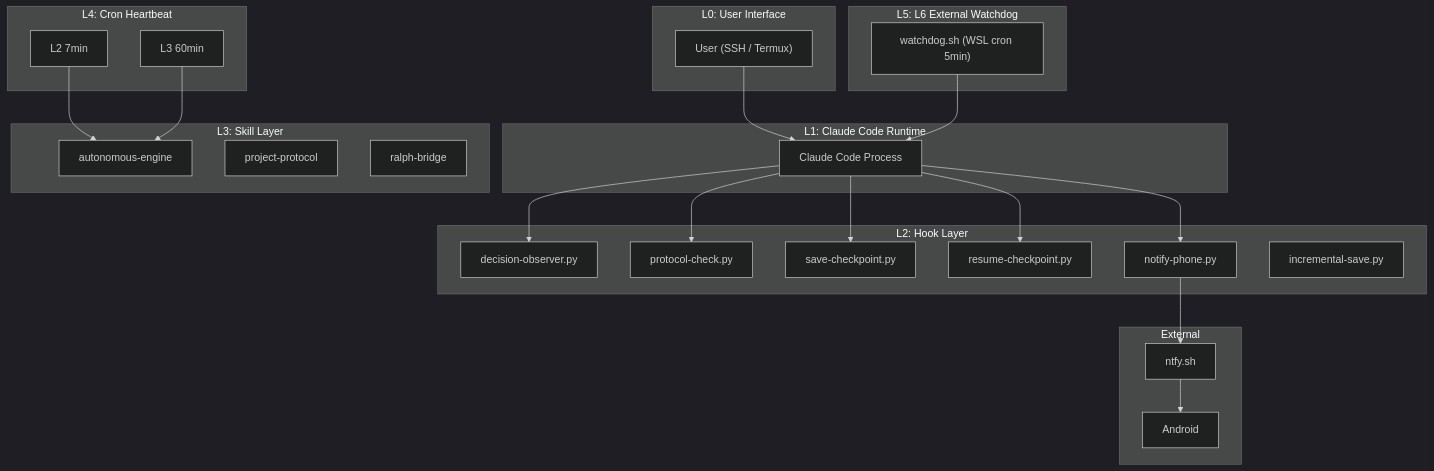
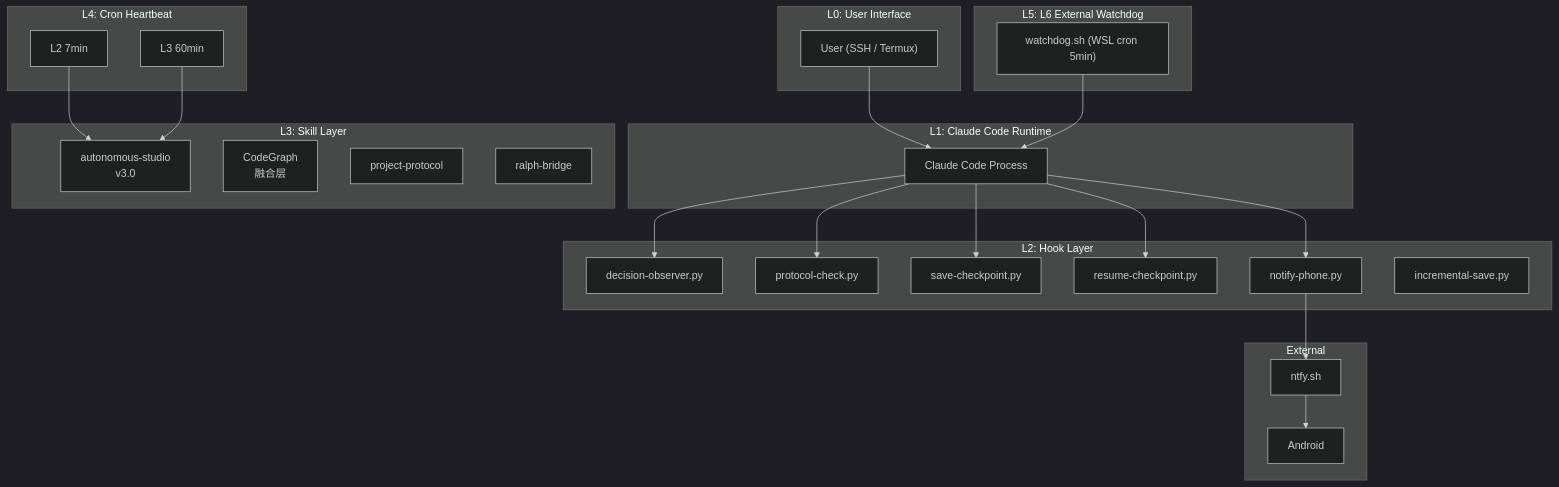
One commit to r-ayin/autonomous-studio changed the diagram in ARCHITECTURE.md. Above: the diagram before and after it, drawn with Mermaid (dark theme). The commit also changed other lines of this file and 76 other files, not shown here.

````diff
--- a/ARCHITECTURE.md
+++ b/ARCHITECTURE.md
@@ -8,44 +8,45 @@
 ```mermaid
 graph TB
     subgraph L0["L0: User Interface"]
         USER["User (SSH / Termux)"]
     end
     subgraph L1["L1: Claude Code Runtime"]
         CC["Claude Code Process"]
     end
     subgraph L2["L2: Hook Layer"]
         DO["decision-observer.py"]
         PC["protocol-check.py"]
         SC["save-checkpoint.py"]
         RC["resume-checkpoint.py"]
         NP["notify-phone.py"]
         IS["incremental-save.py"]
     end
     subgraph L3["L3: Skill Layer"]
-        AE["autonomous-engine"]
+        AE["autonomous-studio<br/>v3.0"]
+        CG["CodeGraph<br/>融合层"]
         PP["project-protocol"]
         RB["ralph-bridge"]
     end
     subgraph L4["L4: Cron Heartbeat"]
         L2HB["L2 7min"]
         L3DC["L3 60min"]
     end
     subgraph L5["L5: L6 External Watchdog"]
         WD["watchdog.sh (WSL cron 5min)"]
     end
     subgraph EXT["External"]
         NTFY["ntfy.sh"]
         ANDROID["Android"]
     end
     USER --> CC
     CC --> DO
     CC --> PC
     CC --> SC
     CC --> RC
     CC --> NP
     L2HB --> AE
     L3DC --> AE
     NP --> NTFY
     NTFY --> ANDROID
     WD --> CC
 ```
````
